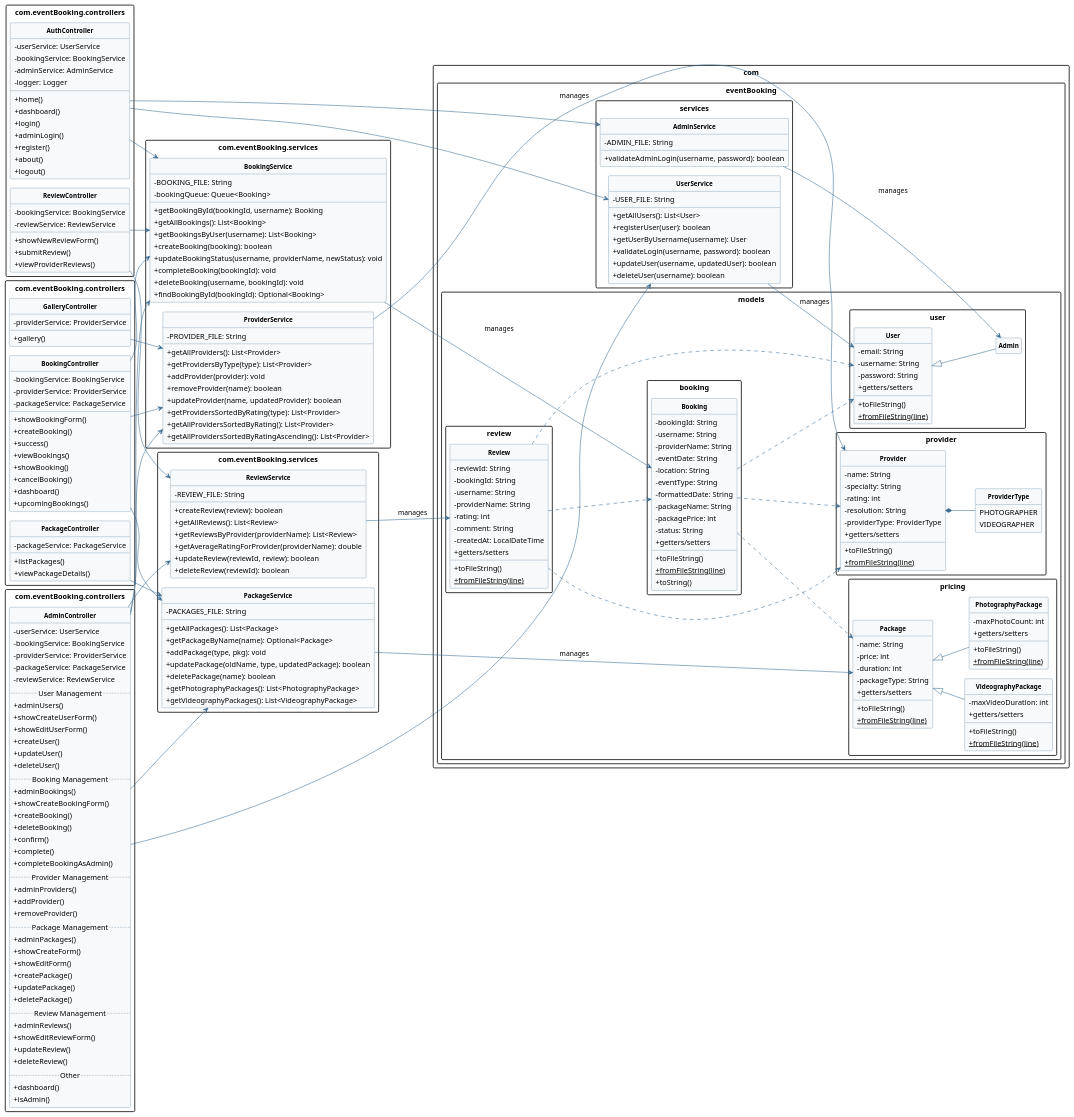
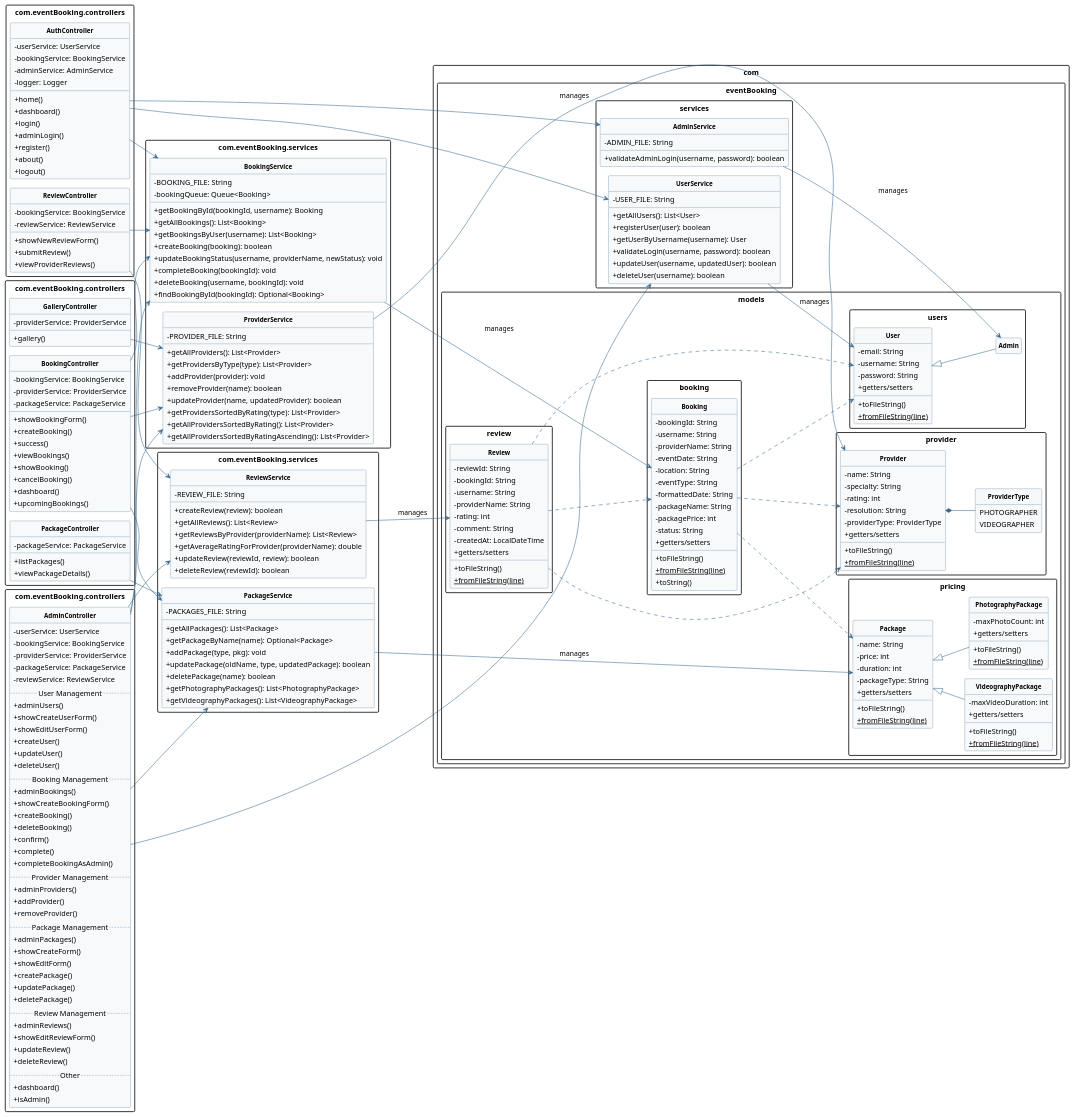
One commit to ThevinduDha/PROJECT-240 changed the diagram in EventBooking/class-diagram.md. Above: the diagram before and after it, drawn with PlantUML. The commit also changed 6 other files, not shown here.

```diff
--- a/EventBooking/class-diagram.md
+++ b/EventBooking/class-diagram.md
@@ -26,7 +26,7 @@
 
 ' Model Classes
 together {
-  package "com.eventBooking.models.user" {
+  package "com.eventBooking.models.users" {
     class User {
       -email: String
       -username: String
```
